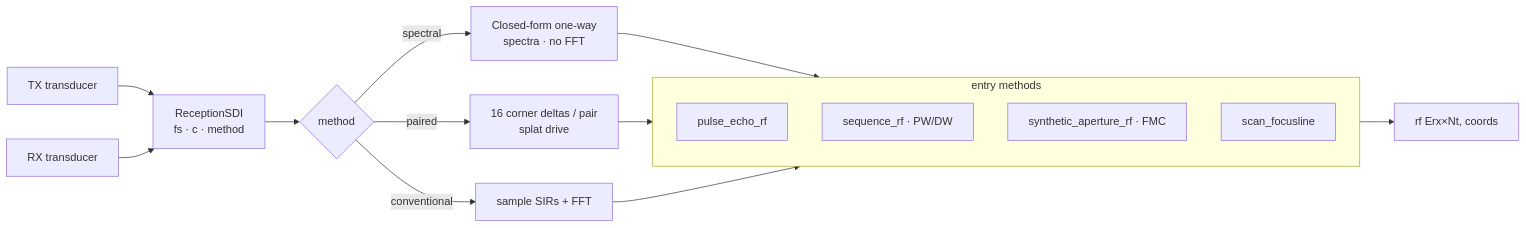
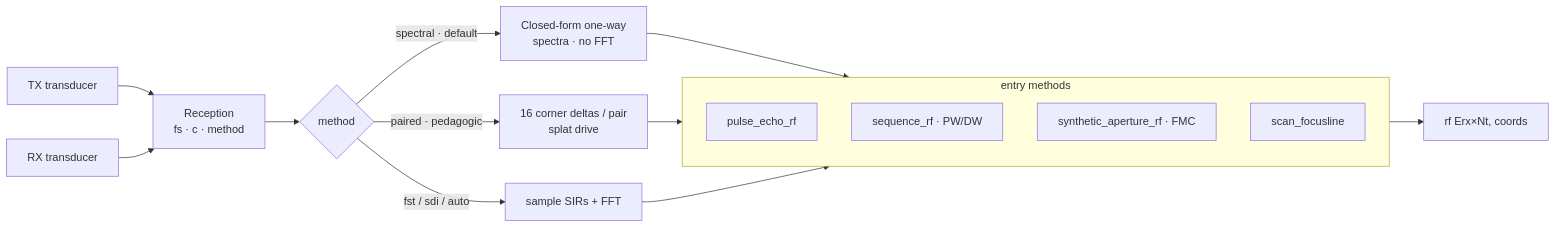
Before and after one commit to EstebanRivera08/eSDIva: the diagram in docs/user-guide/reception.md, drawn with Mermaid. The commit also changed other lines of this file and 52 other files, not shown here.

Commit message:
add: main Reception class and conventional wrapper + gif in docs + new audit of .md files to reduce them

````diff
--- a/docs/user-guide/reception.md
+++ b/docs/user-guide/reception.md
@@ -30,19 +32,19 @@
 ```mermaid
 flowchart LR
-    TX[TX transducer] --> R[ReceptionSDI<br/>fs · c · method]
+    TX[TX transducer] --> R[Reception<br/>fs · c · method]
     RX[RX transducer] --> R
     R --> M{method}
-    M -->|spectral| SP[Closed-form one-way<br/>spectra · no FFT]
-    M -->|paired| PA[16 corner deltas / pair<br/>splat drive]
-    M -->|conventional| CV[sample SIRs + FFT]
+    M -->|spectral · default| SP[Closed-form one-way<br/>spectra · no FFT]
+    M -->|paired · pedagogic| PA[16 corner deltas / pair<br/>splat drive]
+    M -->|fst / sdi / auto| CV[sample SIRs + FFT]
     SP --> API
     PA --> API
     CV --> API
     subgraph API[entry methods]
       P1[pulse_echo_rf]
       P2[sequence_rf · PW/DW]
       P3[synthetic_aperture_rf · FMC]
       P4[scan_focusline]
     end
     API --> RF[rf Erx×Nt, coords]
 ```
````
